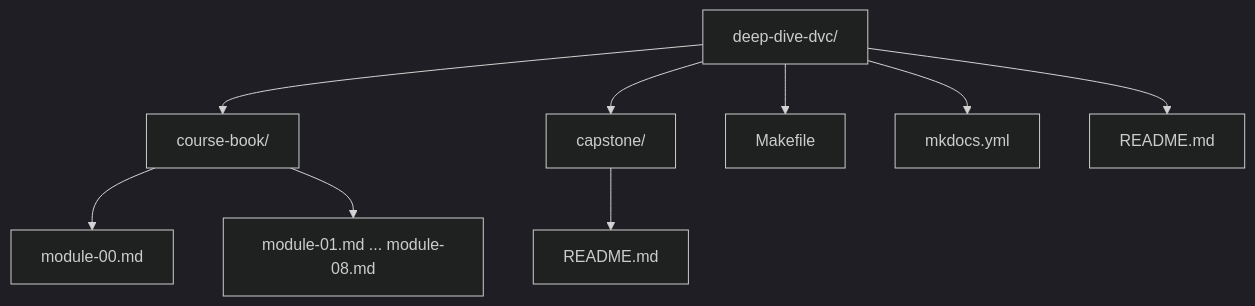
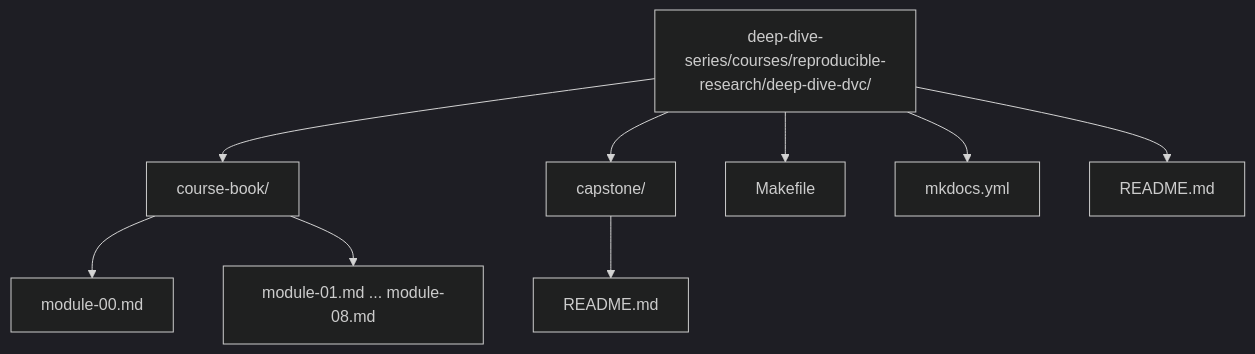
The diagram in courses/reproducible-research/deep-dive-dvc/course-book/index.md (bijux/bijux-masterclass), drawn with Mermaid (dark theme) before and after one commit. The commit also changed 8 other files, not shown here.

Commit message:
docs: repoint reproducible research courses to deep dive series

````diff
--- a/courses/reproducible-research/deep-dive-dvc/course-book/index.md
+++ b/courses/reproducible-research/deep-dive-dvc/course-book/index.md
@@ -29,12 +29,12 @@
 ```mermaid
 graph TD
-  root["deep-dive-dvc/"]
+  root["deep-dive-series/courses/reproducible-research/deep-dive-dvc/"]
   root --> book["course-book/"]
   root --> capstone["capstone/"]
   root --> makefile["Makefile"]
   root --> mkdocs["mkdocs.yml"]
   root --> readme["README.md"]
   book --> orientation["module-00.md"]
   book --> modules["module-01.md ... module-08.md"]
   capstone --> capreadme["README.md"]
 ```
````
